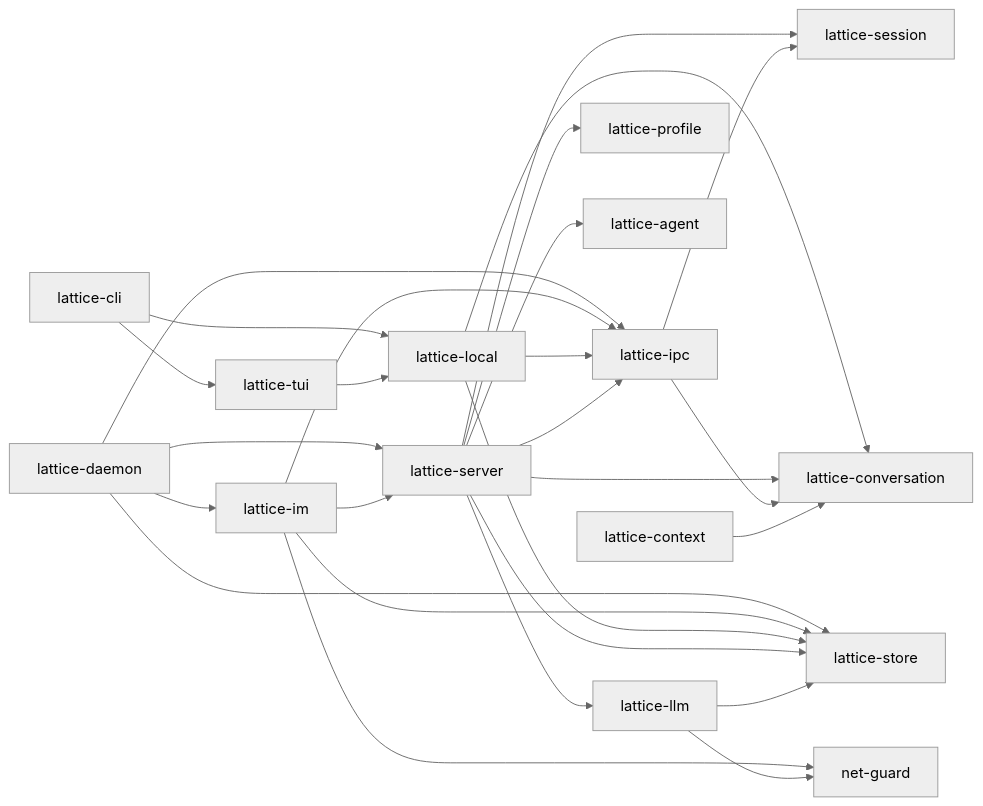
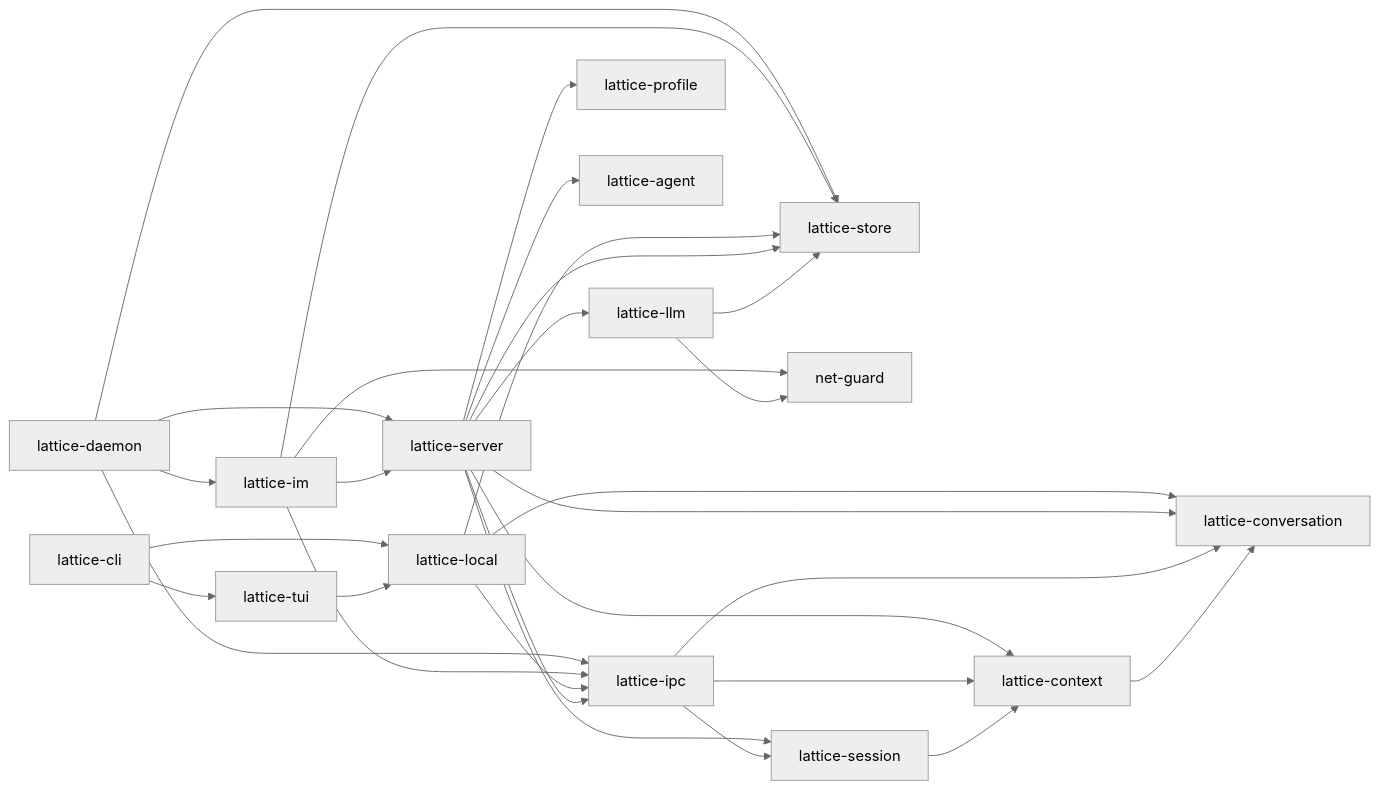
One commit to Skyline10124/lattice changed the diagram in docs/architecture/crates.md. Above: the diagram before and after it, drawn with Mermaid (neutral theme). The commit also changed other lines of this file and 111 other files, not shown here.

````diff
--- a/docs/architecture/crates.md
+++ b/docs/architecture/crates.md
@@ -15,29 +15,32 @@
 ```mermaid
 flowchart LR
     CLI["lattice-cli"] --> TUI["lattice-tui"]
     CLI --> LOCAL["lattice-local"]
     DAEMON["lattice-daemon"] --> SERVER["lattice-server"]
     DAEMON --> IM["lattice-im"]
     DAEMON --> IPC["lattice-ipc"]
     DAEMON --> STORE["lattice-store"]
     IM --> SERVER
     IM --> IPC
     IM --> STORE
     IM --> NET["net-guard"]
     TUI --> LOCAL
     LOCAL --> IPC
     LOCAL --> STORE
     LOCAL --> CONV["lattice-conversation"]
     SERVER --> IPC
     SERVER --> STORE
     SERVER --> LLM["lattice-llm"]
     SERVER --> PROFILE["lattice-profile"]
     SERVER --> AGENT["lattice-agent"]
     SERVER --> SESSION["lattice-session"]
+    SERVER --> CTX["lattice-context"]
     SERVER --> CONV
     LLM --> STORE
     LLM --> NET
     IPC --> SESSION
+    IPC --> CTX
     IPC --> CONV
-    CTX["lattice-context"] --> CONV
+    SESSION --> CTX
+    CTX --> CONV
 ```
````
